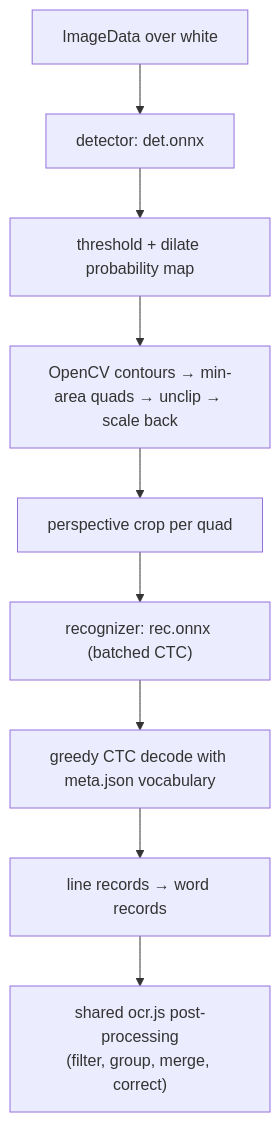
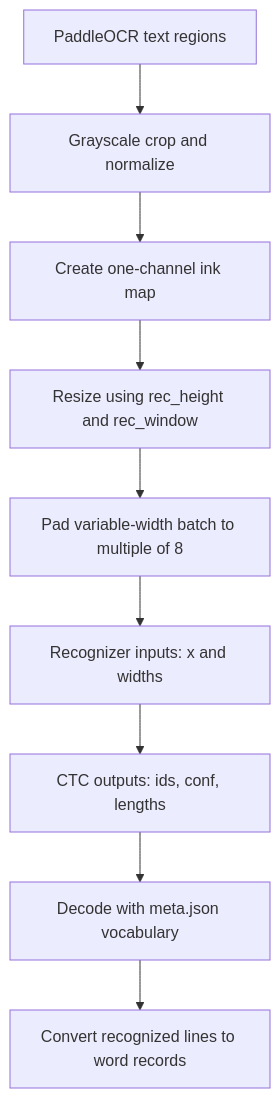
Before and after one commit to mrhunsaker/TactiDiagram: the second of 2 diagrams in docs/ocr-engines.md, drawn with Mermaid. The commit also changed other lines of this file and 6 other files, not shown here.

First line of the commit message:
Docs/fix mermaid syntax (#41)

````diff
--- a/docs/ocr-engines.md
+++ b/docs/ocr-engines.md
@@ -99,11 +98,11 @@
 ```mermaid
 flowchart TD
-  A["ImageData over white"] --> B["detector: det.onnx"]
-  B --> C["threshold + dilate probability map"]
-  C --> D["OpenCV contours → min-area quads → unclip → scale back"]
-  D --> E["perspective crop per quad"]
-  E --> F["recognizer: rec.onnx (batched CTC)"]
-  F --> G["greedy CTC decode with meta.json vocabulary"]
-  G --> H["line records → word records"]
-  H --> I["shared ocr.js post-processing<br/>(filter, group, merge, correct)"]
+  A["PaddleOCR text regions"] --> B["Grayscale crop and normalize"]
+  B --> C["Create one-channel ink map"]
+  C --> D["Resize using rec_height and rec_window"]
+  D --> E["Pad variable-width batch to multiple of 8"]
+  E --> F["Recognizer inputs: x and widths"]
+  F --> G["CTC outputs: ids, conf, lengths"]
+  G --> H["Decode with meta.json vocabulary"]
+  H --> I["Convert recognized lines to word records"]
 ```
````
